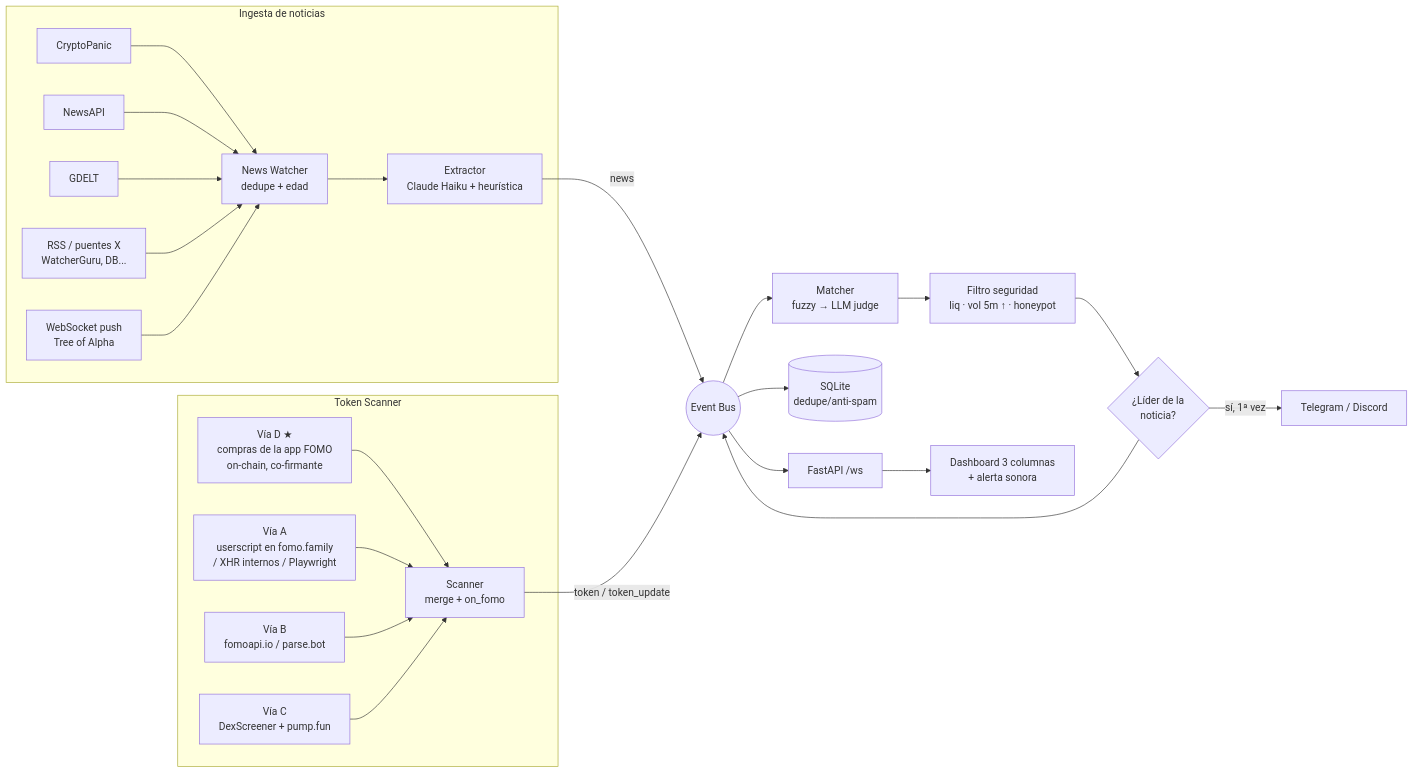
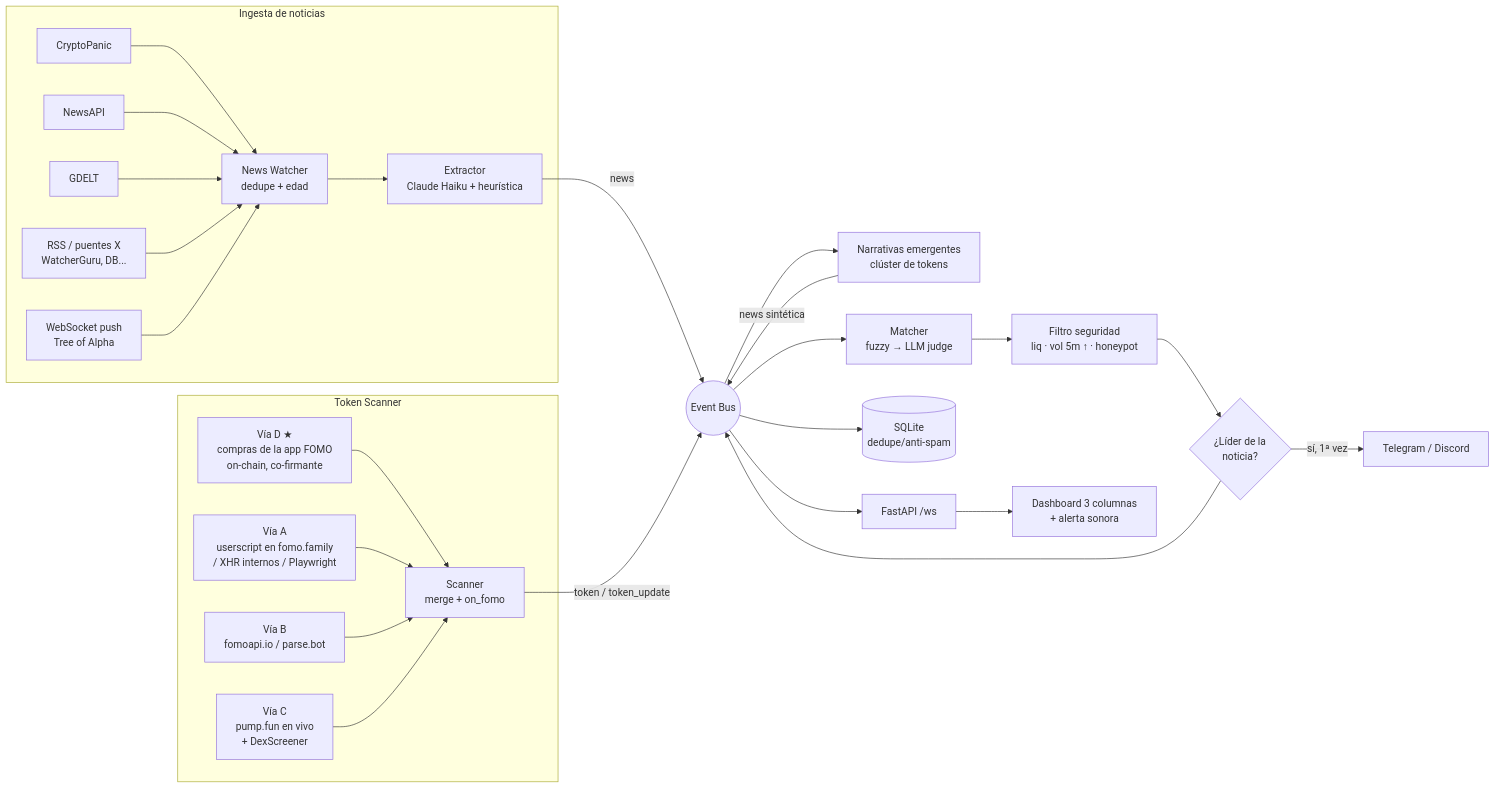
One commit to TBernardoSpace/Wylder-in-Sekiro changed the diagram in README.md. Above: the diagram before and after it, drawn with Mermaid. The commit also changed other lines of this file and 16 other files, not shown here.

````diff
--- a/README.md
+++ b/README.md
@@ -30,27 +30,28 @@
 ```mermaid
 flowchart LR
   subgraph Ingesta de noticias
     CP[CryptoPanic] --> NW
     NA[NewsAPI] --> NW
     GD[GDELT] --> NW
     RSS[RSS / puentes X<br/>WatcherGuru, DB...] --> NW
     WS[WebSocket push<br/>Tree of Alpha] --> NW
     NW[News Watcher<br/>dedupe + edad] --> EX[Extractor<br/>Claude Haiku + heurística]
   end
   subgraph Token Scanner
     D[Vía D ★<br/>compras de la app FOMO<br/>on-chain, co-firmante] --> TS
     A[Vía A<br/>userscript en fomo.family<br/>/ XHR internos / Playwright] --> TS
     B[Vía B<br/>fomoapi.io / parse.bot] --> TS
-    C[Vía C<br/>DexScreener + pump.fun] --> TS
+    C[Vía C<br/>pump.fun en vivo<br/>+ DexScreener] --> TS
     TS[Scanner<br/>merge + on_fomo]
   end
   EX -- news --> BUS((Event Bus))
   TS -- token / token_update --> BUS
+  BUS --> NR[Narrativas emergentes<br/>clúster de tokens] -- news sintética --> BUS
   BUS --> M[Matcher<br/>fuzzy → LLM judge]
   M --> SF[Filtro seguridad<br/>liq · vol 5m ↑ · honeypot]
   SF --> L{¿Líder de la<br/>noticia?}
   L -- sí, 1ª vez --> AL[Telegram / Discord]
   L --> BUS
   BUS --> DB[(SQLite<br/>dedupe/anti-spam)]
   BUS --> API[FastAPI /ws] --> UI[Dashboard 3 columnas<br/>+ alerta sonora]
 ```
````
